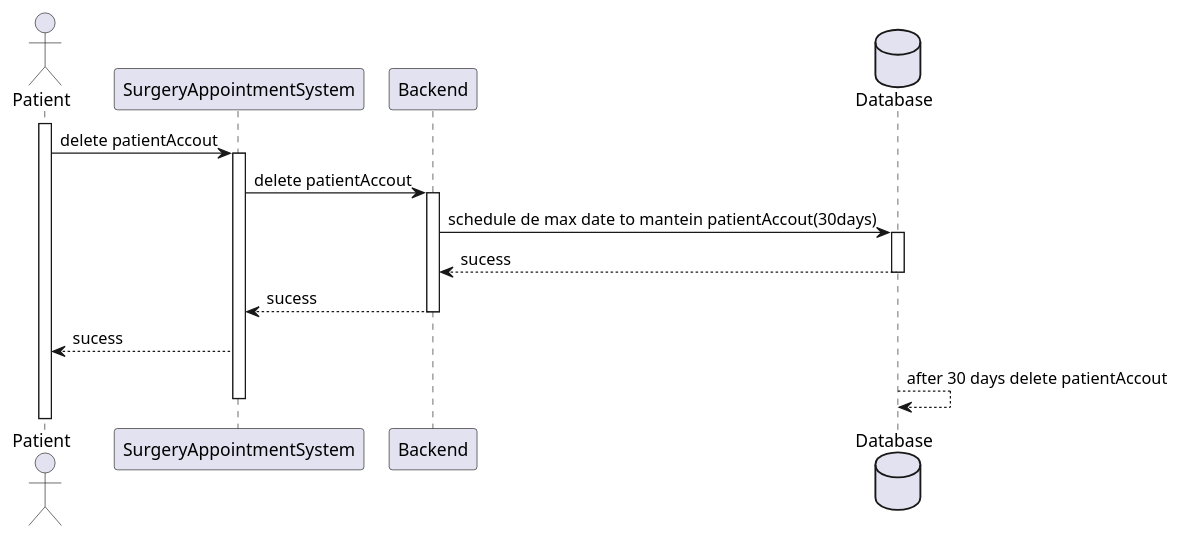
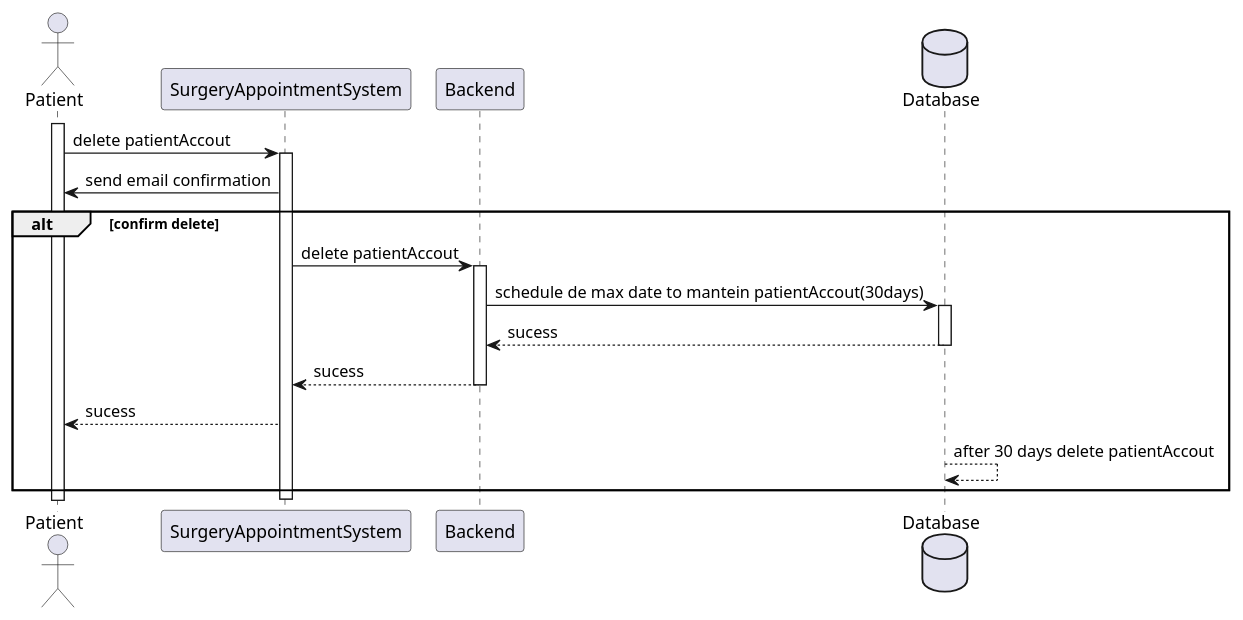
One commit to MateusCabral2004/sem5pi changed the diagram in docs/Sprint 1/US 5.1.5/SequenceDiagram/Level2/SequenceDiagram.puml. Above: the diagram before and after it, drawn with PlantUML. The commit also changed 2 other files, not shown here.

```diff
--- a/docs/Sprint 1/US 5.1.5/SequenceDiagram/Level2/SequenceDiagram.puml
+++ b/docs/Sprint 1/US 5.1.5/SequenceDiagram/Level2/SequenceDiagram.puml
@@ -1,25 +1,28 @@
 @startuml
 actor Patient
 participant SurgeryAppointmentSystem
 participant Backend
 database Database
 
 activate Patient
 Patient -> SurgeryAppointmentSystem: delete patientAccout
+
 activate SurgeryAppointmentSystem
+SurgeryAppointmentSystem -> Patient: send email confirmation
+alt confirm delete
 
 SurgeryAppointmentSystem -> Backend: delete patientAccout
 activate Backend
 Backend -> Database: schedule de max date to mantein patientAccout(30days)
 activate Database
 Database --> Backend: sucess
 deactivate Database
 
 Backend --> SurgeryAppointmentSystem: sucess
 deactivate Backend
 
 SurgeryAppointmentSystem --> Patient: sucess
 Database -->Database:after 30 days delete patientAccout
-
+end
 deactivate SurgeryAppointmentSystem
 @enduml
```
